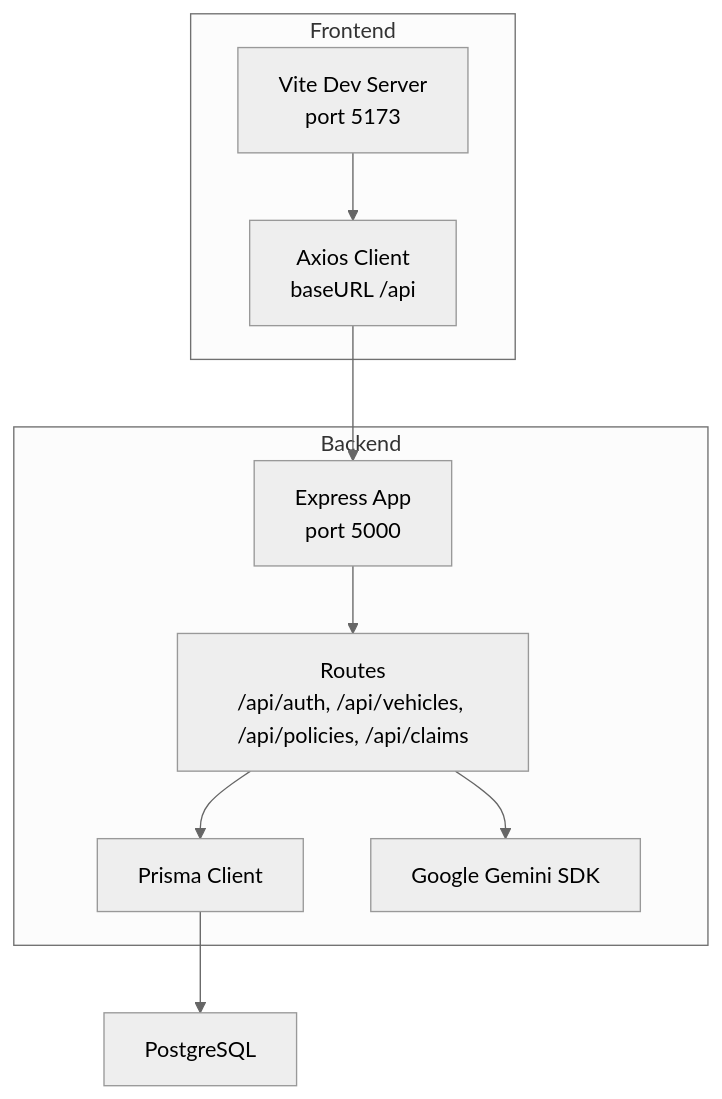
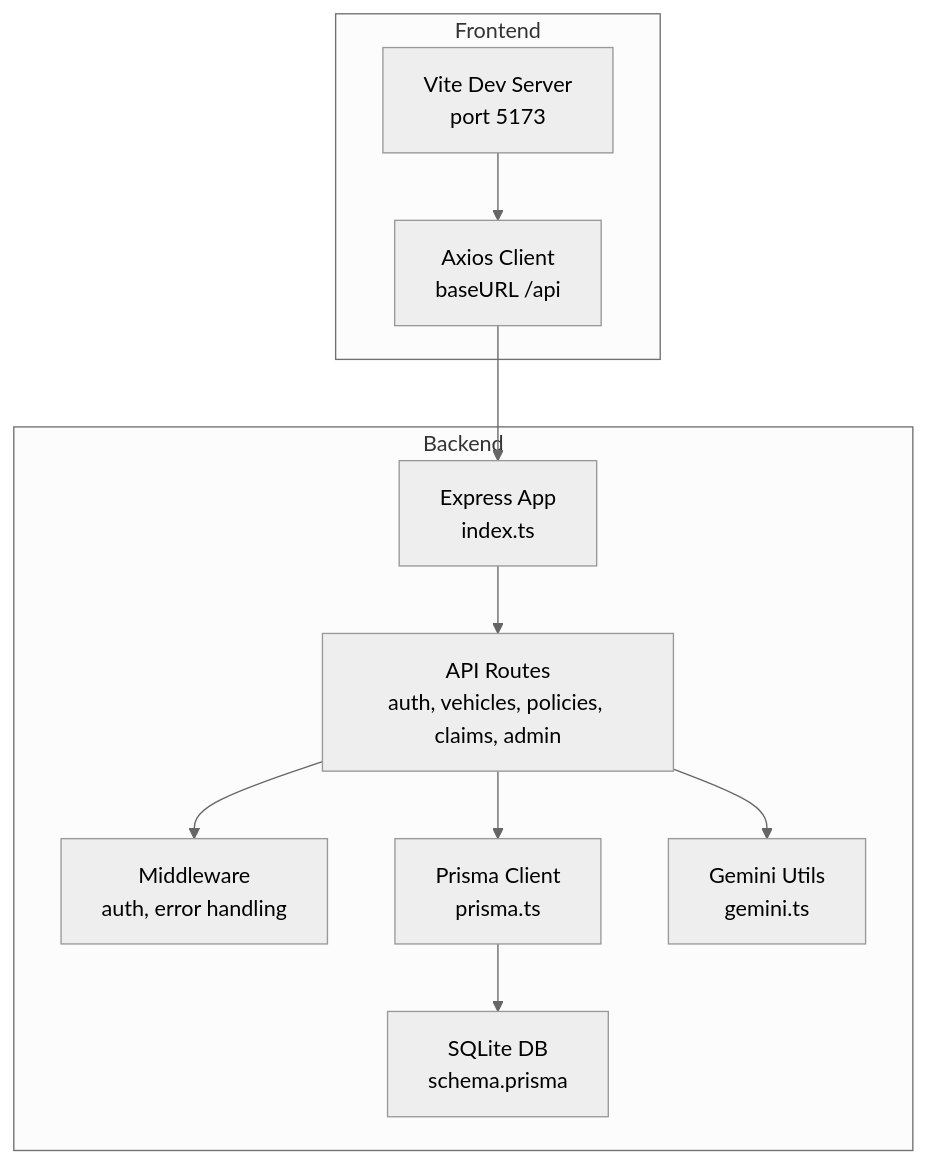
The first of 2 diagrams in .qoder/repowiki/en/content/Getting Started.md (NaveenHiranya/Smart-Vehicle-Insurance-Claim-System), drawn with Mermaid (neutral theme) before and after one commit. The commit also changed other lines of this file and 183 other files, not shown here.

````diff
--- a/.qoder/repowiki/en/content/Getting Started.md
+++ b/.qoder/repowiki/en/content/Getting Started.md
@@ -37,20 +40,22 @@
 ```mermaid
 graph TB
 subgraph "Frontend"
-FE_VITE["Vite Dev Server<br/>port 5173"]
+FE_Vite["Vite Dev Server<br/>port 5173"]
 FE_API["Axios Client<br/>baseURL /api"]
 end
 subgraph "Backend"
-BE_EXPRESS["Express App<br/>port 5000"]
-BE_ROUTES["Routes<br/>/api/auth, /api/vehicles, /api/policies, /api/claims"]
-BE_PRISMA["Prisma Client"]
-BE_GEMINI["Google Gemini SDK"]
+BE_Index["Express App<br/>index.ts"]
+BE_Routes["API Routes<br/>auth, vehicles, policies, claims, admin"]
+BE_MW["Middleware<br/>auth, error handling"]
+BE_Prisma["Prisma Client<br/>prisma.ts"]
+BE_DB["SQLite DB<br/>schema.prisma"]
+BE_Gemini["Gemini Utils<br/>gemini.ts"]
 end
-DB["PostgreSQL"]
-FE_VITE --> FE_API
-FE_API --> BE_EXPRESS
-BE_EXPRESS --> BE_ROUTES
-BE_ROUTES --> BE_PRISMA
-BE_PRISMA --> DB
-BE_ROUTES --> BE_GEMINI
+FE_Vite --> FE_API
+FE_API --> BE_Index
+BE_Index --> BE_Routes
+BE_Routes --> BE_MW
+BE_Routes --> BE_Prisma
+BE_Prisma --> BE_DB
+BE_Routes --> BE_Gemini
 ```
````
